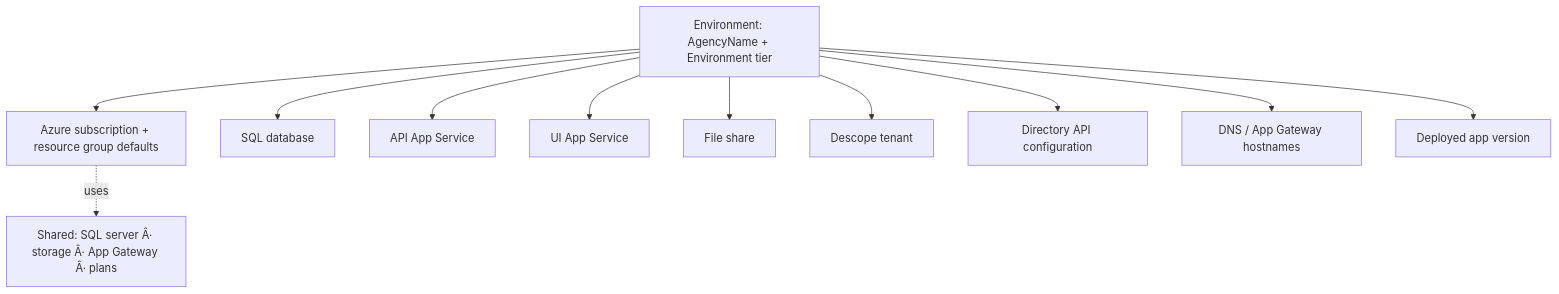
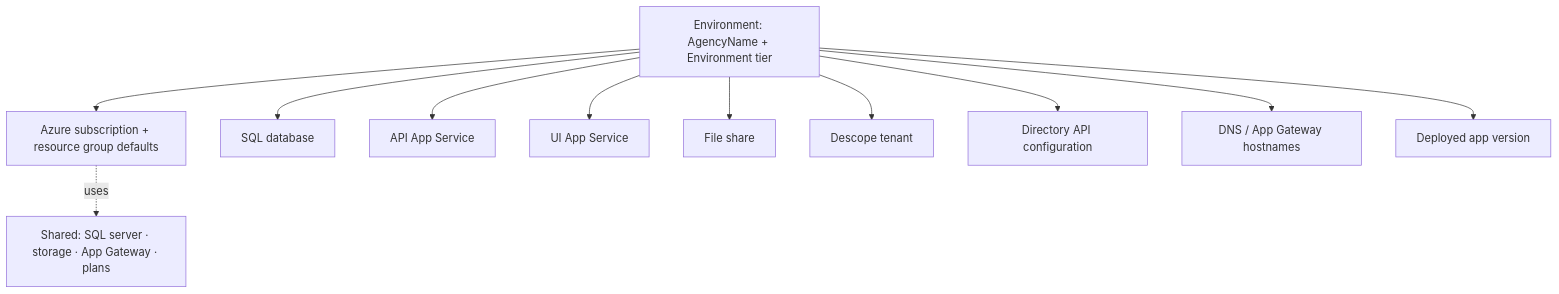
The diagram in internal/sops/deliver/infrastructure/environment-inventory-standard.md (mkeslin/tls-docs-repo), drawn with Mermaid before and after one commit. The commit also changed other lines of this file and 116 other files, not shown here.

````diff
--- a/internal/sops/deliver/infrastructure/environment-inventory-standard.md
+++ b/internal/sops/deliver/infrastructure/environment-inventory-standard.md
@@ -23,14 +23,14 @@
 ```mermaid
 flowchart TD
   E[Environment: AgencyName + Environment tier]
   E --> S[Azure subscription + resource group defaults]
   E --> DB[SQL database]
   E --> API[API App Service]
   E --> UI[UI App Service]
   E --> FS[File share]
   E --> DS[Descope tenant]
   E --> DIR[Directory API configuration]
   E --> DNS[DNS / App Gateway hostnames]
   E --> VER[Deployed app version]
-  S -.->|uses| SHR[Shared: SQL server Â· storage Â· App Gateway Â· plans]
+  S -.->|uses| SHR[Shared: SQL server · storage · App Gateway · plans]
 ```
````
